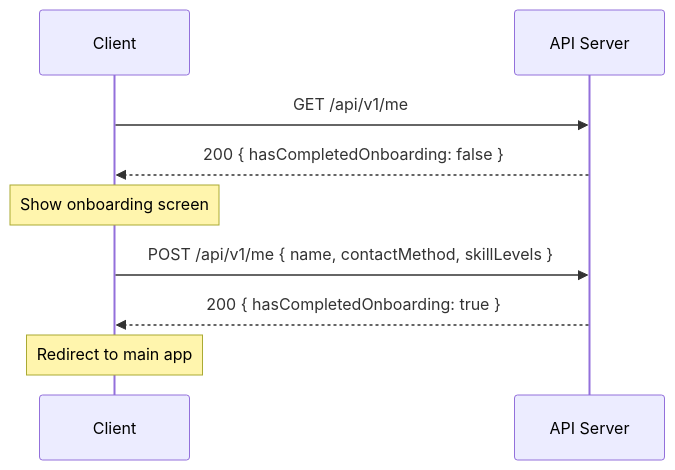
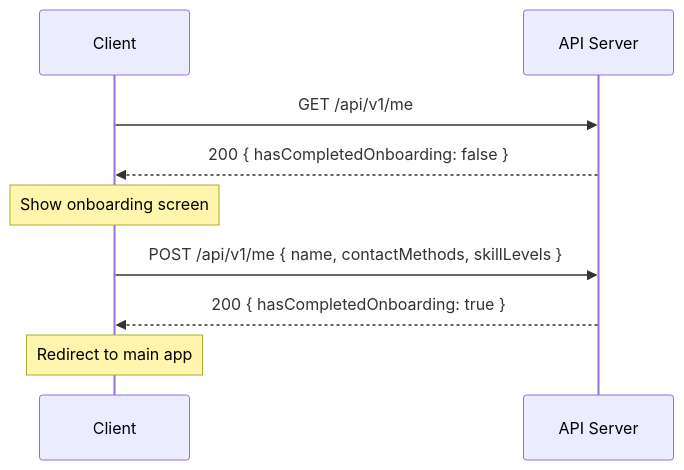
One commit to upmatches/upmatches-wiki changed the first of 3 diagrams in upmatches-docs/docs/modules/new-user-onboarding.md. Above: the diagram before and after it, drawn with Mermaid. The commit also changed other lines of this file and 11 other files, not shown here.

````diff
--- a/upmatches-docs/docs/modules/new-user-onboarding.md
+++ b/upmatches-docs/docs/modules/new-user-onboarding.md
@@ -232,14 +270,14 @@
 ```mermaid
 sequenceDiagram
     participant Client
     participant API as API Server
 
     Client->>API: GET /api/v1/me
     API-->>Client: 200 { hasCompletedOnboarding: false }
 
     Note over Client: Show onboarding screen
-    Client->>API: POST /api/v1/me { name, contactMethod, skillLevels }
+    Client->>API: POST /api/v1/me { name, contactMethods, skillLevels }
     API-->>Client: 200 { hasCompletedOnboarding: true }
 
     Note over Client: Redirect to main app
 ```
````
